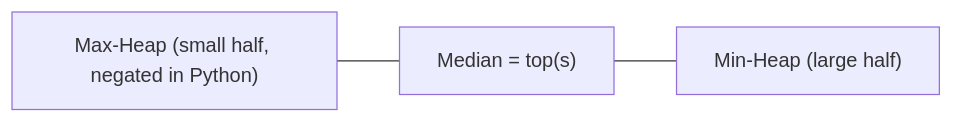
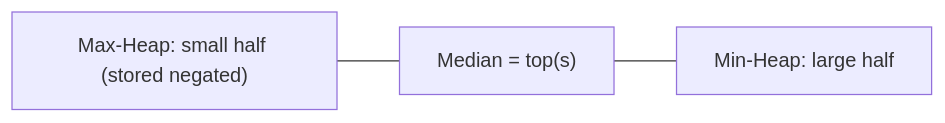
The diagram in grokking-coding-interview/06-two-heaps.md (SanjayR857/All-in-One-Notes), drawn with Mermaid before and after one commit. The commit also changed other lines of this file and 22 other files, not shown here.

````diff
--- a/grokking-coding-interview/06-two-heaps.md
+++ b/grokking-coding-interview/06-two-heaps.md
@@ -20,4 +20,4 @@
 ```mermaid
 flowchart LR
-    Small["Max-Heap (small half, negated in Python)"] --- Med["Median = top(s)"] --- Large["Min-Heap (large half)"]
+    Small["Max-Heap: small half (stored negated)"] --- Med["Median = top(s)"] --- Large["Min-Heap: large half"]
 ```
````
